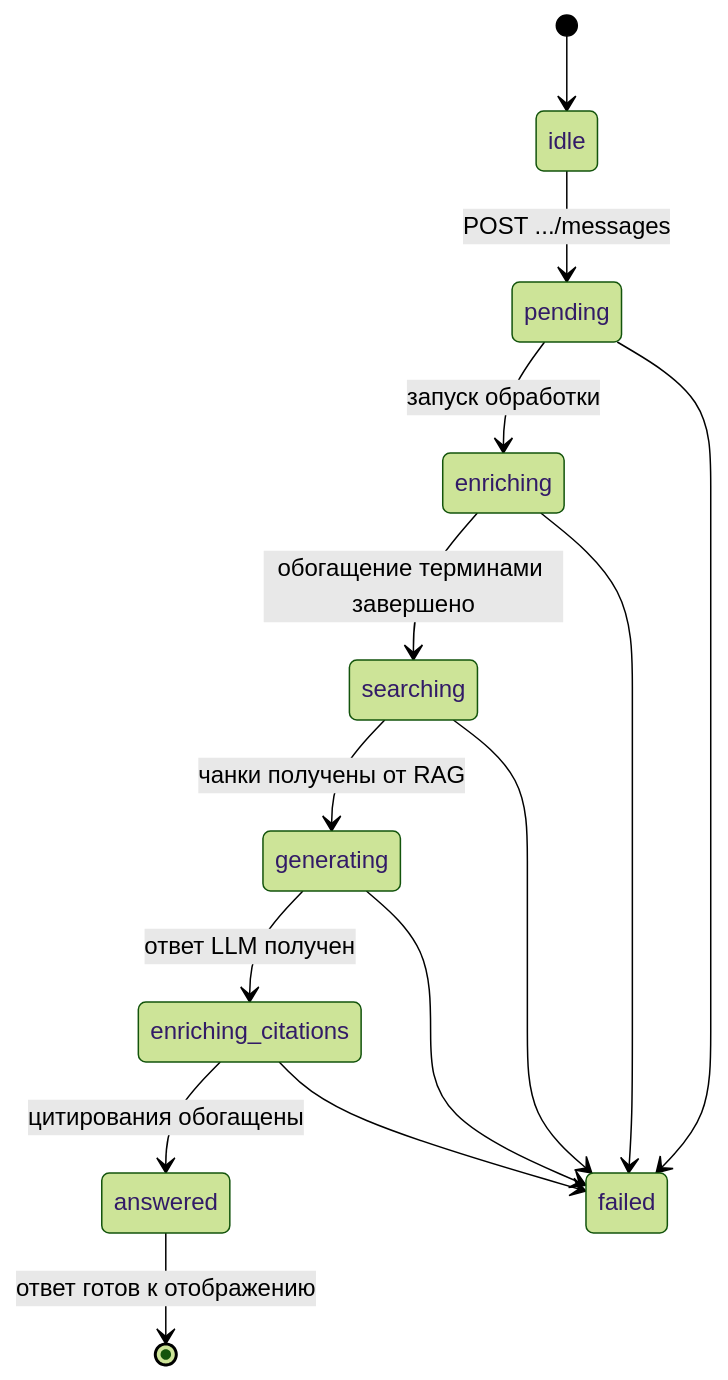
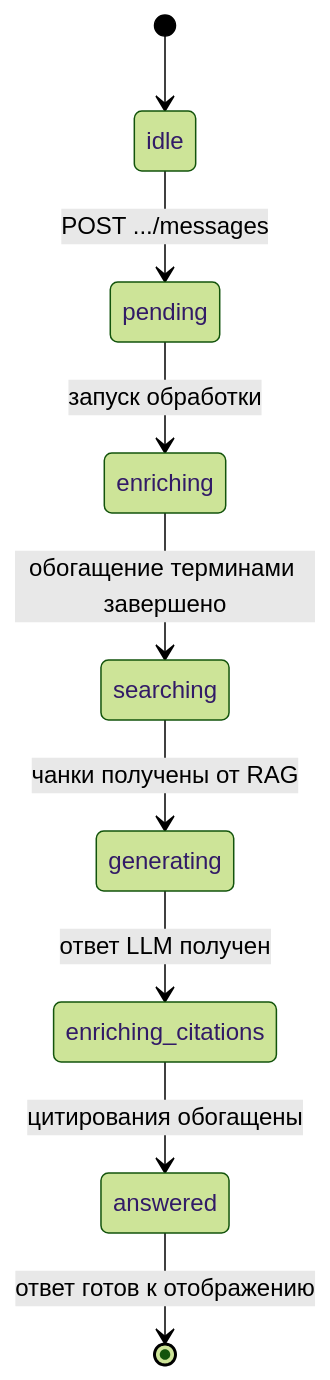
Before and after one commit to MasterKSAF/PKB: the fourth of 10 diagrams in docs/pipelines/overview.md, drawn with Mermaid (forest theme). The commit also changed other lines of this file, not shown here.

````diff
--- a/docs/pipelines/overview.md
+++ b/docs/pipelines/overview.md
@@ -96,17 +102,11 @@
 ```mermaid
 stateDiagram-v2
     [*] --> idle
     idle --> pending : POST .../messages
     pending --> enriching : запуск обработки
     enriching --> searching : обогащение терминами завершено
     searching --> generating : чанки получены от RAG
     generating --> enriching_citations : ответ LLM получен
     enriching_citations --> answered : цитирования обогащены
     answered --> [*] : ответ готов к отображению
-
-    pending --> failed
-    enriching --> failed
-    searching --> failed
-    generating --> failed
-    enriching_citations --> failed
 ```
````
